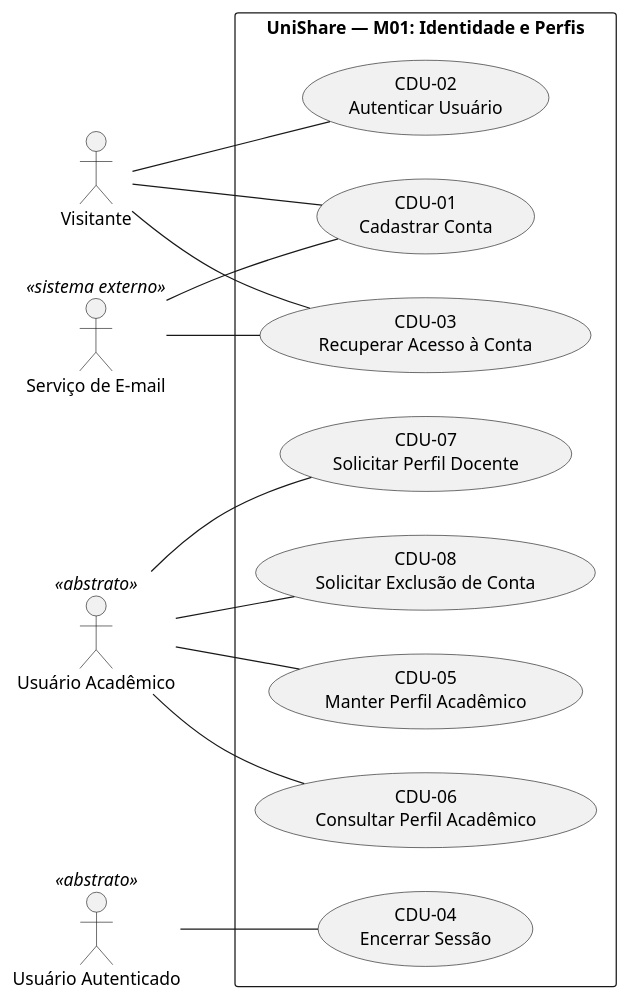
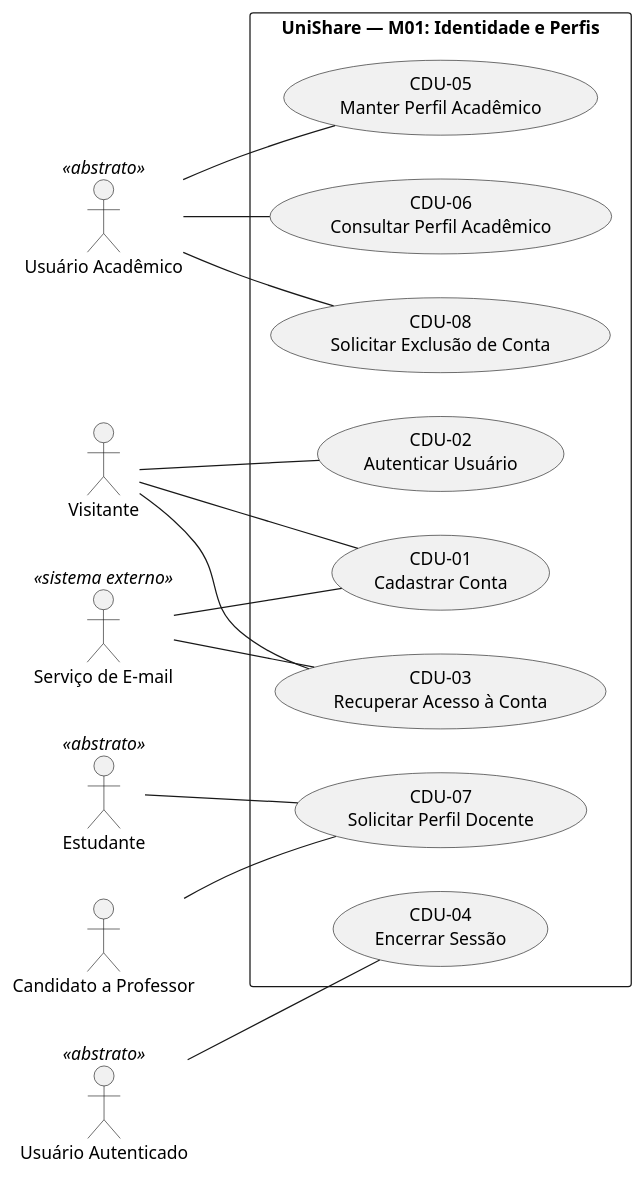
Before and after one commit to heitorrf/requisitos-2026--grupo5: the fourth of 9 diagrams in docs/documento-visão.md, drawn with PlantUML. The commit also changed other lines of this file, not shown here.

````diff
--- a/docs/documento-visão.md
+++ b/docs/documento-visão.md
@@ -309,29 +361,32 @@
 ```plantuml
 @startuml
 left to right direction
 actor "Visitante" as A6
 actor "Usuário Acadêmico" as A7 <<abstrato>>
+actor "Estudante" as A8 <<abstrato>>
 actor "Serviço de E-mail" as A9 <<sistema externo>>
 actor "Usuário Autenticado" as A10 <<abstrato>>
+actor "Candidato a Professor" as A11
 rectangle "UniShare — M01: Identidade e Perfis" {
   usecase "CDU-01\nCadastrar Conta" as CDU01
   usecase "CDU-02\nAutenticar Usuário" as CDU02
   usecase "CDU-03\nRecuperar Acesso à Conta" as CDU03
   usecase "CDU-04\nEncerrar Sessão" as CDU04
   usecase "CDU-05\nManter Perfil Acadêmico" as CDU05
   usecase "CDU-06\nConsultar Perfil Acadêmico" as CDU06
   usecase "CDU-07\nSolicitar Perfil Docente" as CDU07
   usecase "CDU-08\nSolicitar Exclusão de Conta" as CDU08
 }
 A6 -- CDU01
 A9 -- CDU01
 A6 -- CDU02
 A6 -- CDU03
 A9 -- CDU03
 A10 -- CDU04
 A7 -- CDU05
 A7 -- CDU06
-A7 -- CDU07
+A8 -- CDU07
+A11 -- CDU07
 A7 -- CDU08
 @enduml
 ```
````
